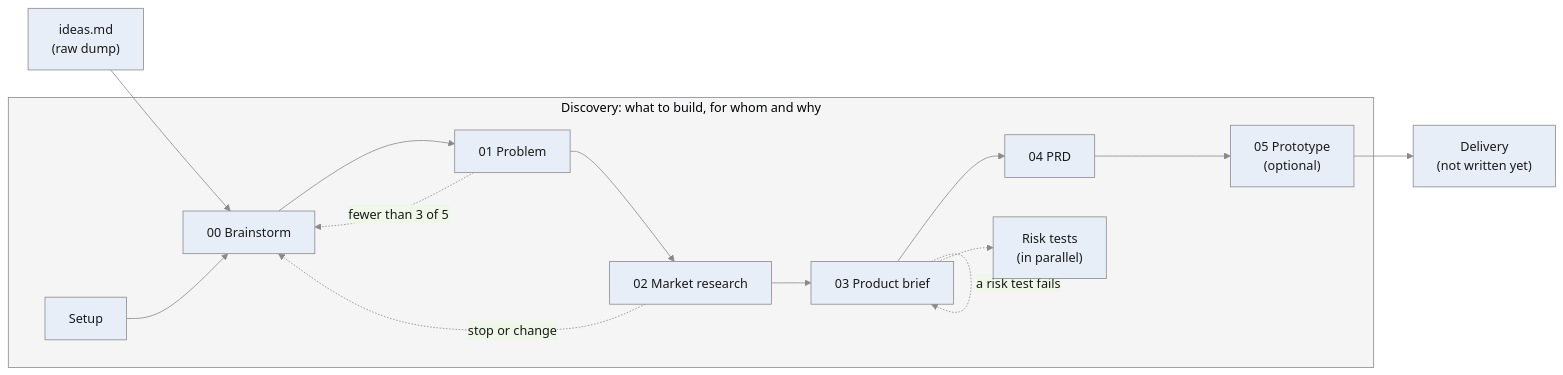
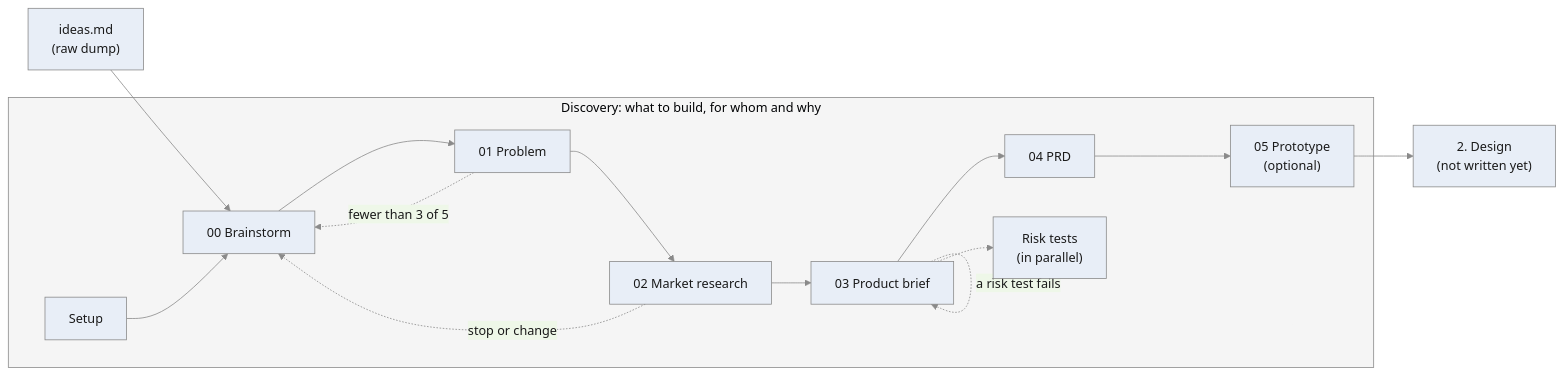
The diagram in FLOWS.md (developedbyflow/ways-of-working), drawn with Mermaid before and after one commit. The commit also changed other lines of this file and 9 other files, not shown here.

First line of the commit message:
refactor: name skills by context, keep phases in FLOWS

````diff
--- a/FLOWS.md
+++ b/FLOWS.md
@@ -9,13 +21,13 @@
 ```mermaid
 %%{init: {"theme": "base", "themeVariables": {"primaryColor": "#e8eef7", "primaryTextColor": "#1a1a1a", "primaryBorderColor": "#8a8a8a", "lineColor": "#8a8a8a", "clusterBkg": "#f5f5f5", "clusterBorder": "#8a8a8a"}}}%%
 flowchart LR
   I["ideas.md<br/>(raw dump)"] --> B
   subgraph D["Discovery: what to build, for whom and why"]
     S["Setup"] --> B["00 Brainstorm"] --> P["01 Problem"] --> M["02 Market research"] --> R["03 Product brief"] --> Q["04 PRD"] --> O["05 Prototype<br/>(optional)"]
     R -.-> T["Risk tests<br/>(in parallel)"]
   end
-  O --> X["Delivery<br/>(not written yet)"]
+  O --> X["2. Design<br/>(not written yet)"]
   P -. "fewer than 3 of 5" .-> B
   M -. "stop or change" .-> B
   R -. "a risk test fails" .-> R
 ```
````
